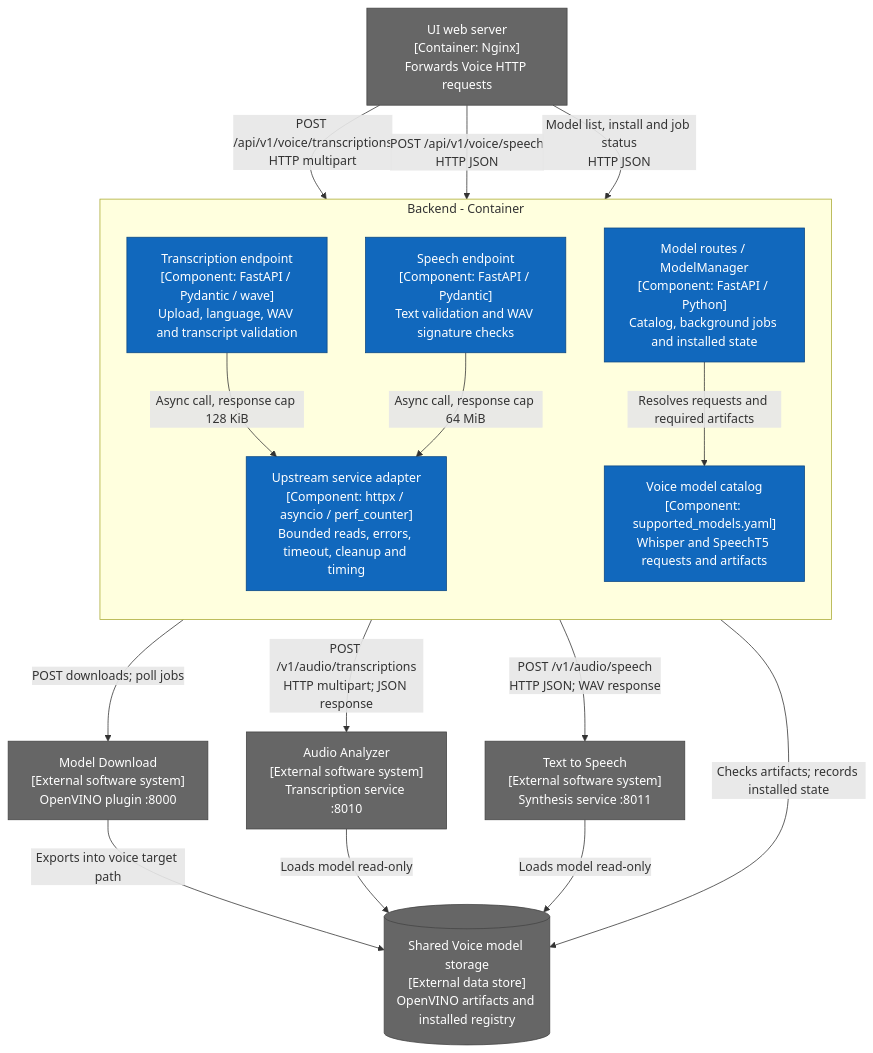
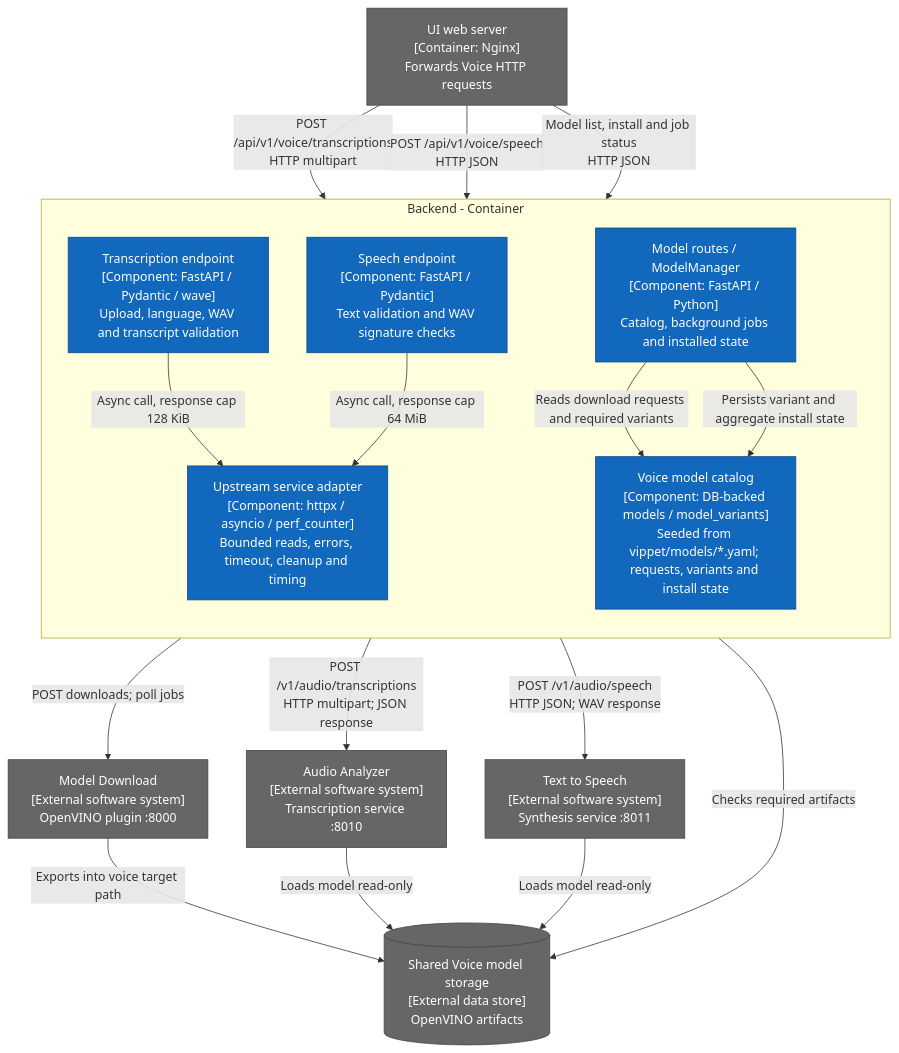
Before and after one commit to open-edge-platform/edge-ai-libraries: the fourth of 9 diagrams in tools/visual-pipeline-and-platform-evaluation-tool/docs/user-guide/developer-guide/voice-architecture.md, drawn with Mermaid. The commit also changed other lines of this file, not shown here.

Commit message:
docs: sync Voice architecture with model catalog

````diff
--- a/tools/visual-pipeline-and-platform-evaluation-tool/docs/user-guide/developer-guide/voice-architecture.md
+++ b/tools/visual-pipeline-and-platform-evaluation-tool/docs/user-guide/developer-guide/voice-architecture.md
@@ -158,31 +158,32 @@
 ```mermaid
 flowchart TB
   web["UI web server<br/>[Container: Nginx]<br/>Forwards Voice HTTP requests"]:::external
   subgraph api[Backend - Container]
     direction TB
     stt["Transcription endpoint<br/>[Component: FastAPI / Pydantic / wave]<br/>Upload, language, WAV and transcript validation"]:::internal
     speech["Speech endpoint<br/>[Component: FastAPI / Pydantic]<br/>Text validation and WAV signature checks"]:::internal
     adapter["Upstream service adapter<br/>[Component: httpx / asyncio / perf_counter]<br/>Bounded reads, errors, timeout, cleanup and timing"]:::internal
     modelapi["Model routes / ModelManager<br/>[Component: FastAPI / Python]<br/>Catalog, background jobs and installed state"]:::internal
-    catalog["Voice model catalog<br/>[Component: supported_models.yaml]<br/>Whisper and SpeechT5 requests and artifacts"]:::internal
+    catalog["Voice model catalog<br/>[Component: DB-backed models / model_variants]<br/>Seeded from vippet/models/*.yaml; requests, variants and install state"]:::internal
     stt -->|Async call, response cap 128 KiB| adapter
     speech -->|Async call, response cap 64 MiB| adapter
-    modelapi -->|Resolves requests and required artifacts| catalog
+    modelapi -->|Reads download requests and required variants| catalog
+    modelapi -->|Persists variant and aggregate install state| catalog
   end
   asr["Audio Analyzer<br/>[External software system]<br/>Transcription service :8010"]:::external
   tts["Text to Speech<br/>[External software system]<br/>Synthesis service :8011"]:::external
   downloader["Model Download<br/>[External software system]<br/>OpenVINO plugin :8000"]:::external
-  modelstore[("Shared Voice model storage<br/>[External data store]<br/>OpenVINO artifacts and installed registry")]:::external
+  modelstore[("Shared Voice model storage<br/>[External data store]<br/>OpenVINO artifacts")]:::external
   web -->|"POST /api/v1/voice/transcriptions<br/>HTTP multipart"| stt
   web -->|"POST /api/v1/voice/speech<br/>HTTP JSON"| speech
   web -->|"Model list, install and job status<br/>HTTP JSON"| modelapi
   adapter -->|"POST /v1/audio/transcriptions<br/>HTTP multipart; JSON response"| asr
   adapter -->|"POST /v1/audio/speech<br/>HTTP JSON; WAV response"| tts
   modelapi -->|"POST downloads; poll jobs"| downloader
-  modelapi -->|"Checks artifacts; records installed state"| modelstore
+  modelapi -->|"Checks required artifacts"| modelstore
   downloader -->|"Exports into voice target path"| modelstore
   asr -->|"Loads model read-only"| modelstore
   tts -->|"Loads model read-only"| modelstore
   classDef internal fill:#1168bd,color:#fff,stroke:#0b4884
   classDef external fill:#666,color:#fff,stroke:#444
 ```
````
